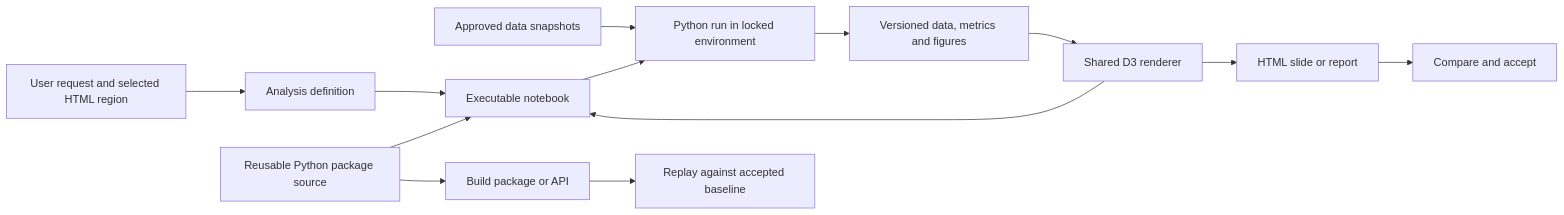
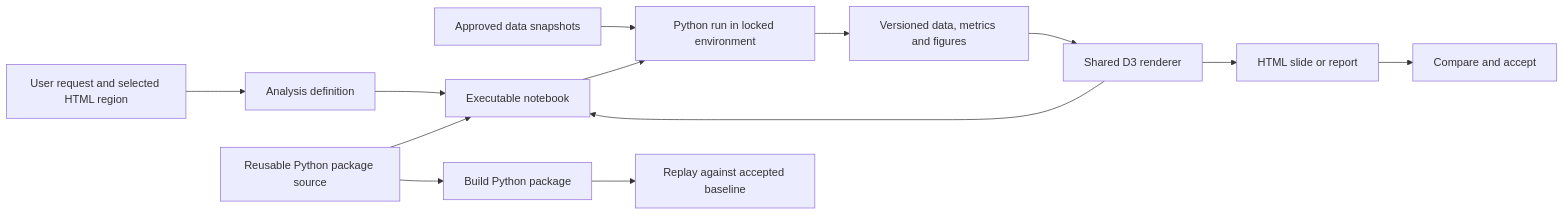
One commit to gaarangoa/GusNotebook changed the diagram in docs/report-first-analysis.md. Above: the diagram before and after it, drawn with Mermaid. The commit also changed other lines of this file and 4 other files, not shown here.

````diff
--- a/docs/report-first-analysis.md
+++ b/docs/report-first-analysis.md
@@ -42,15 +42,15 @@
 ```mermaid
 flowchart LR
     Chat[User request and selected HTML region] --> Analysis[Analysis definition]
     Inputs[Approved data snapshots] --> Run[Python run in locked environment]
     Code[Reusable Python package source] --> Notebook[Executable notebook]
     Analysis --> Notebook
     Notebook --> Run
     Run --> Artifacts[Versioned data, metrics and figures]
     Artifacts --> Renderer[Shared D3 renderer]
     Renderer --> HTML[HTML slide or report]
     Renderer --> Notebook
     HTML --> Review[Compare and accept]
-    Code --> Package[Build package or API]
+    Code --> Package[Build Python package]
     Package --> Verify[Replay against accepted baseline]
 ```
````
